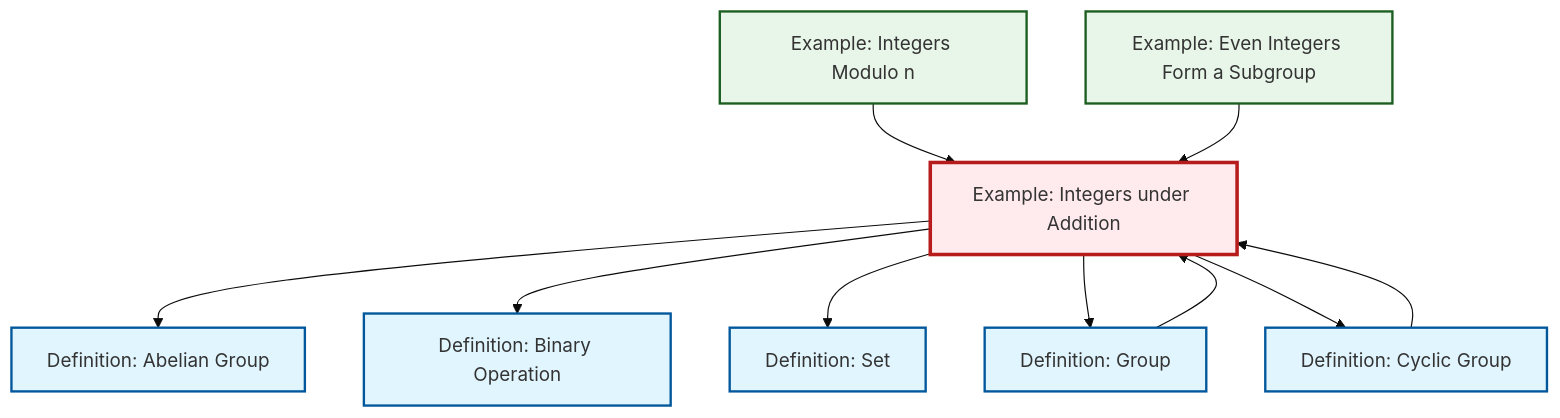
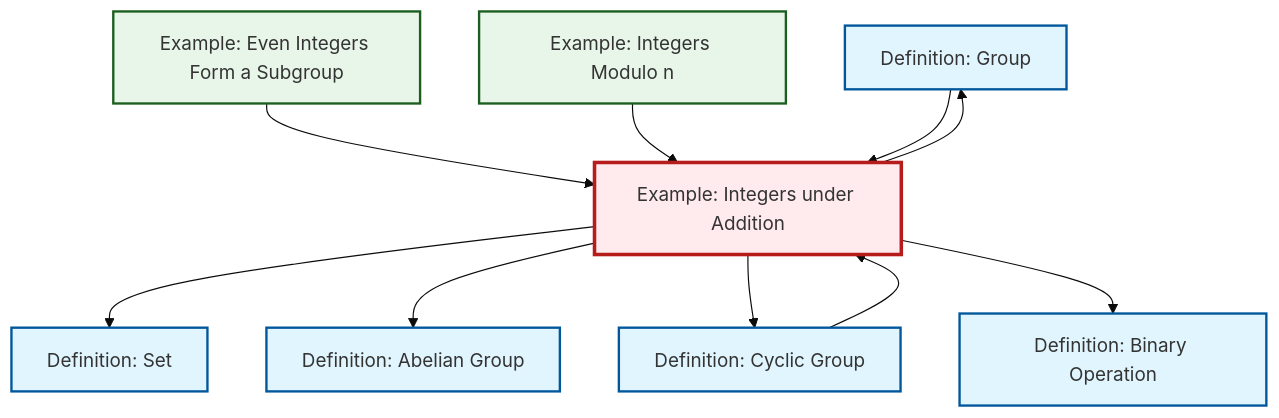
The diagram in content/ja/algebra/ex-integers-addition.qmd (RK0429/ModernMath), drawn with Mermaid (base theme) before and after one commit. The commit also changed other lines of this file and 634 other files, not shown here.

````diff
--- a/content/ja/algebra/ex-integers-addition.qmd
+++ b/content/ja/algebra/ex-integers-addition.qmd
@@ -74,34 +74,34 @@
 ```{mermaid}
 %%| fig-cap: "Local dependency graph"
 graph TD
     classDef definition fill:#e1f5fe,stroke:#01579b,stroke-width:2px
     classDef theorem fill:#f3e5f5,stroke:#4a148c,stroke-width:2px
     classDef axiom fill:#fff3e0,stroke:#e65100,stroke-width:2px
     classDef example fill:#e8f5e9,stroke:#1b5e20,stroke-width:2px
     classDef current fill:#ffebee,stroke:#b71c1c,stroke-width:3px
+    def-group["Definition: Group"]:::definition
+    def-abelian-group["Definition: Abelian Group"]:::definition
     def-binary-operation["Definition: Binary Operation"]:::definition
-    def-abelian-group["Definition: Abelian Group"]:::definition
+    def-cyclic-group["Definition: Cyclic Group"]:::definition
+    ex-even-integers-subgroup["Example: Even Integers Form a Subgroup"]:::example
+    ex-quotient-integers-mod-n["Example: Integers Modulo n"]:::example
+    def-set["Definition: Set"]:::definition
     ex-integers-addition["Example: Integers under Addition"]:::example
-    def-group["Definition: Group"]:::definition
-    def-set["Definition: Set"]:::definition
-    def-cyclic-group["Definition: Cyclic Group"]:::definition
-    ex-quotient-integers-mod-n["Example: Integers Modulo n"]:::example
-    ex-even-integers-subgroup["Example: Even Integers Form a Subgroup"]:::example
+    ex-integers-addition --> def-set
+    ex-even-integers-subgroup --> ex-integers-addition
+    ex-integers-addition --> def-abelian-group
+    ex-integers-addition --> def-cyclic-group
+    ex-integers-addition --> def-group
+    ex-integers-addition --> def-binary-operation
+    ex-quotient-integers-mod-n --> ex-integers-addition
     def-group --> ex-integers-addition
     def-cyclic-group --> ex-integers-addition
-    ex-integers-addition --> def-abelian-group
-    ex-quotient-integers-mod-n --> ex-integers-addition
-    ex-integers-addition --> def-binary-operation
-    ex-integers-addition --> def-set
-    ex-even-integers-subgroup --> ex-integers-addition
-    ex-integers-addition --> def-group
-    ex-integers-addition --> def-cyclic-group
     class ex-integers-addition current
+    click def-group "def-group.html" "Definition: Groupへ"
+    click def-abelian-group "def-abelian-group.html" "Definition: Abelian Groupへ"
     click def-binary-operation "def-binary-operation.html" "Definition: Binary Operationへ"
-    click def-abelian-group "def-abelian-group.html" "Definition: Abelian Groupへ"
-    click def-group "def-group.html" "Definition: Groupへ"
+    click def-cyclic-group "def-cyclic-group.html" "Definition: Cyclic Groupへ"
+    click ex-even-integers-subgroup "ex-even-integers-subgroup.html" "Example: Even Integers Form a Subgroupへ"
+    click ex-quotient-integers-mod-n "ex-quotient-integers-mod-n.html" "Example: Integers Modulo nへ"
     click def-set "def-set.html" "Definition: Setへ"
-    click def-cyclic-group "def-cyclic-group.html" "Definition: Cyclic Groupへ"
-    click ex-quotient-integers-mod-n "ex-quotient-integers-mod-n.html" "Example: Integers Modulo nへ"
-    click ex-even-integers-subgroup "ex-even-integers-subgroup.html" "Example: Even Integers Form a Subgroupへ"
 ```
````
